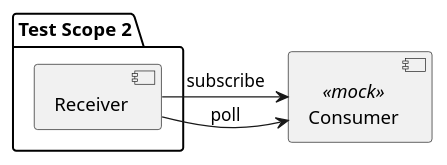
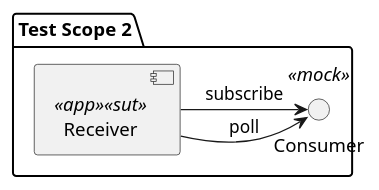
Diagram 11 of 14 in async-test-design.md (eugene-krivosheyev/kafka-testing), drawn with PlantUML before and after one commit. The commit also changed other lines of this file and 3 other files, not shown here.

````diff
--- a/async-test-design.md
+++ b/async-test-design.md
@@ -266,12 +269,11 @@
 ```plantuml
 @startuml 'https://plantuml.com/ru/component-diagram
 package "Test Scope 2" {
-    component Receiver
+    component Receiver <<app>><<sut>>
+
+    interface Consumer <<mock>>
+    Receiver -> Consumer: subscribe
+    Receiver -> Consumer: poll
 }
-component Consumer <<mock>>
-Receiver -> Consumer: subscribe
-Receiver -> Consumer: poll
-}
-
 @enduml
 ```
````
